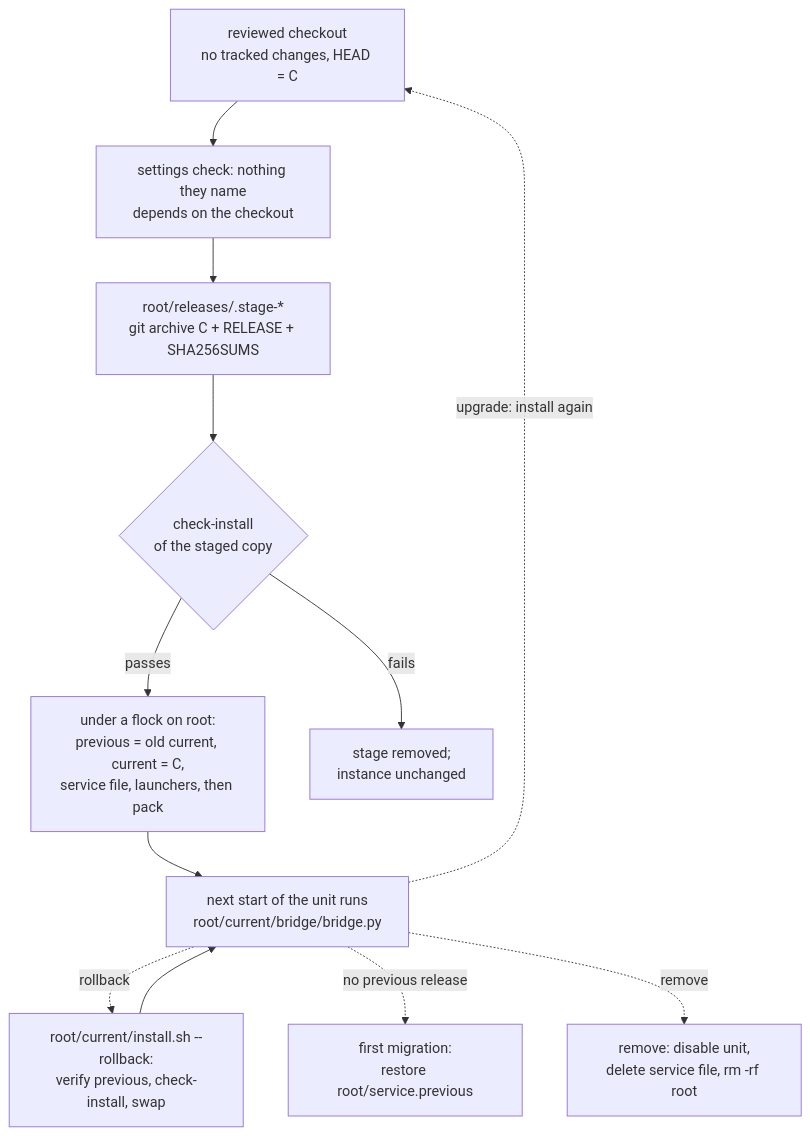
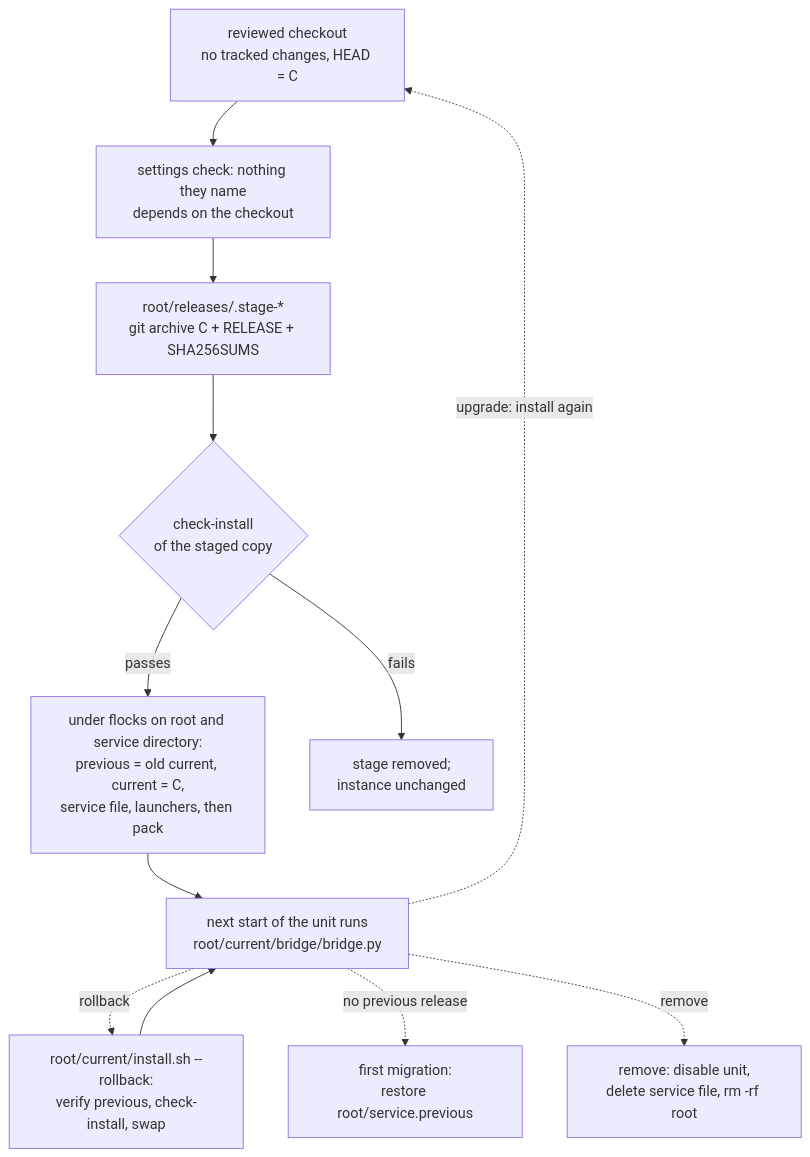
Before and after one commit to codejunkienick/yardr-telegram: the diagram in docs/design/independent-instances.md, drawn with Mermaid. The commit also changed other lines of this file and 4 other files, not shown here.

````diff
--- a/docs/design/independent-instances.md
+++ b/docs/design/independent-instances.md
@@ -82,21 +82,21 @@
 ```mermaid
 flowchart TD
   src["reviewed checkout<br/>no tracked changes, HEAD = C"]
   chk["settings check: nothing they name<br/>depends on the checkout"]
   stage["root/releases/.stage-*<br/>git archive C + RELEASE + SHA256SUMS"]
   ci{"check-install<br/>of the staged copy"}
-  act["under a flock on root:<br/>previous = old current, current = C,<br/>service file, launchers, then pack"]
+  act["under flocks on root and service directory:<br/>previous = old current, current = C,<br/>service file, launchers, then pack"]
   run["next start of the unit runs<br/>root/current/bridge/bridge.py"]
   gone["stage removed;<br/>instance unchanged"]
   rb["root/current/install.sh --rollback:<br/>verify previous, check-install, swap"]
   first["first migration:<br/>restore root/service.previous"]
   rm["remove: disable unit,<br/>delete service file, rm -rf root"]
 
   src --> chk --> stage --> ci
   ci -- fails --> gone
   ci -- passes --> act --> run
   run -. "upgrade: install again" .-> src
   run -. "rollback" .-> rb --> run
   run -. "no previous release" .-> first
   run -. "remove" .-> rm
 ```
````
